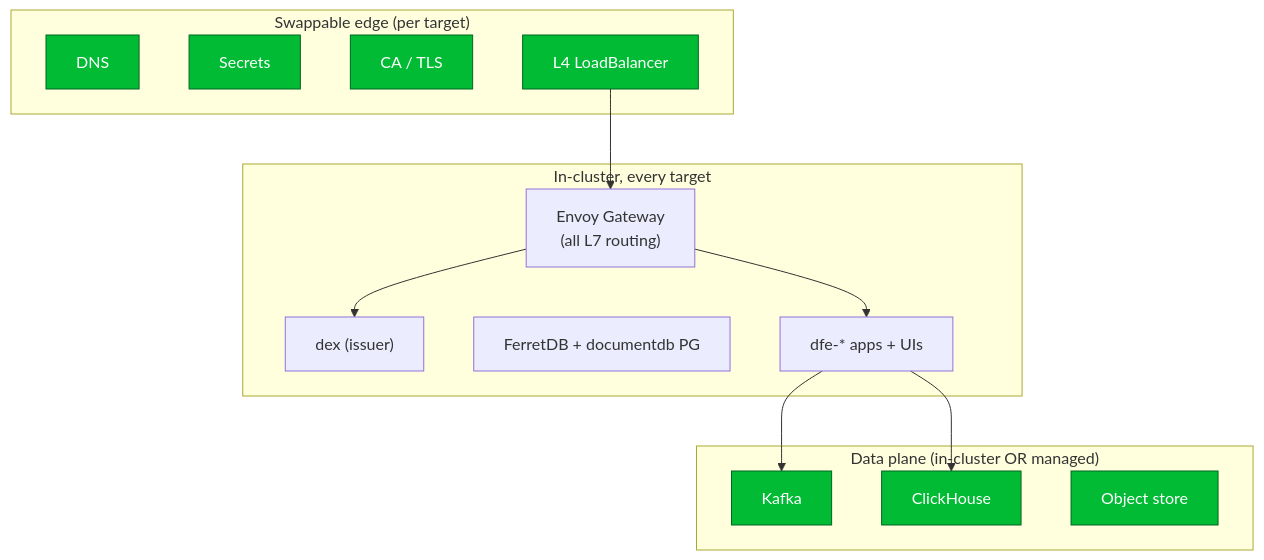
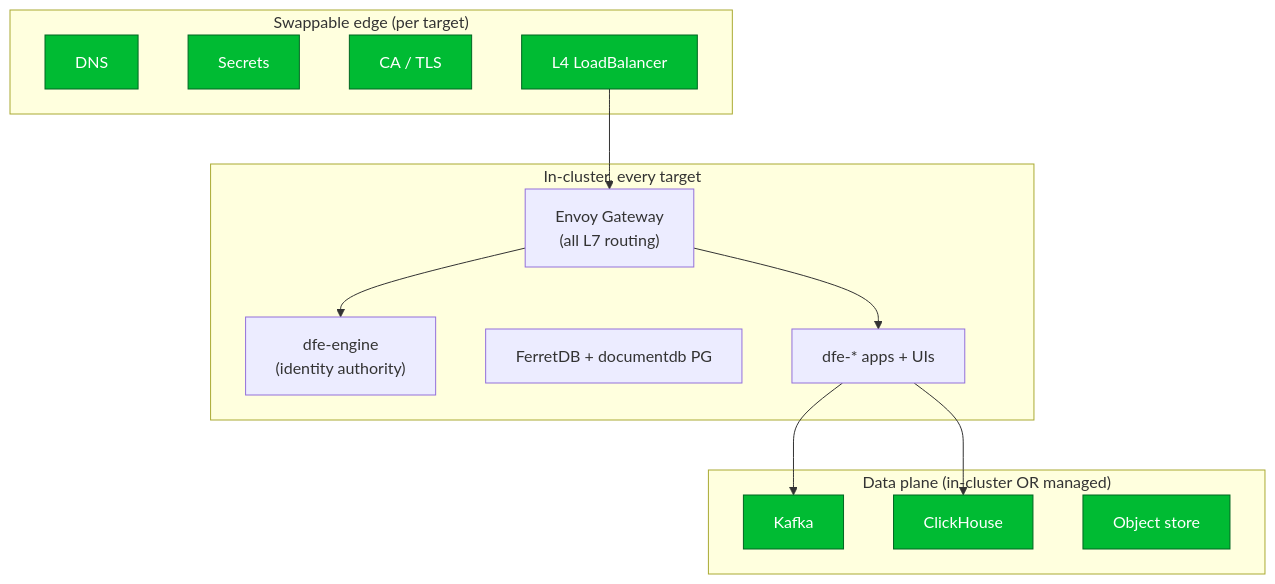
Before and after one commit to hyperi-io/dfe-infra: the diagram in docs/deployment/portability-matrix.md, drawn with Mermaid. The commit also changed other lines of this file and 25 other files, not shown here.

First line of the commit message:
fix(stack): back out bundled dex + otel db default->dfe

````diff
--- a/docs/deployment/portability-matrix.md
+++ b/docs/deployment/portability-matrix.md
@@ -17,25 +17,25 @@
 ```mermaid
 flowchart TB
     subgraph edge["Swappable edge (per target)"]
         DNS[DNS]:::seam
         SEC[Secrets]:::seam
         CA[CA / TLS]:::seam
         LB[L4 LoadBalancer]:::seam
     end
     subgraph core["In-cluster, every target"]
         GW["Envoy Gateway<br/>(all L7 routing)"]
-        DEX["dex (issuer)"]
+        ENG["dfe-engine<br/>(identity authority)"]
         FDB["FerretDB + documentdb PG"]
         APPS["dfe-* apps + UIs"]
     end
     subgraph data["Data plane (in-cluster OR managed)"]
         KAF[Kafka]:::seam
         CH[ClickHouse]:::seam
         OBJ[Object store]:::seam
     end
     LB --> GW --> APPS
-    GW --> DEX
+    GW --> ENG
     APPS --> KAF
     APPS --> CH
     classDef seam fill:#0b3,stroke:#062,color:#fff;
 ```
````
